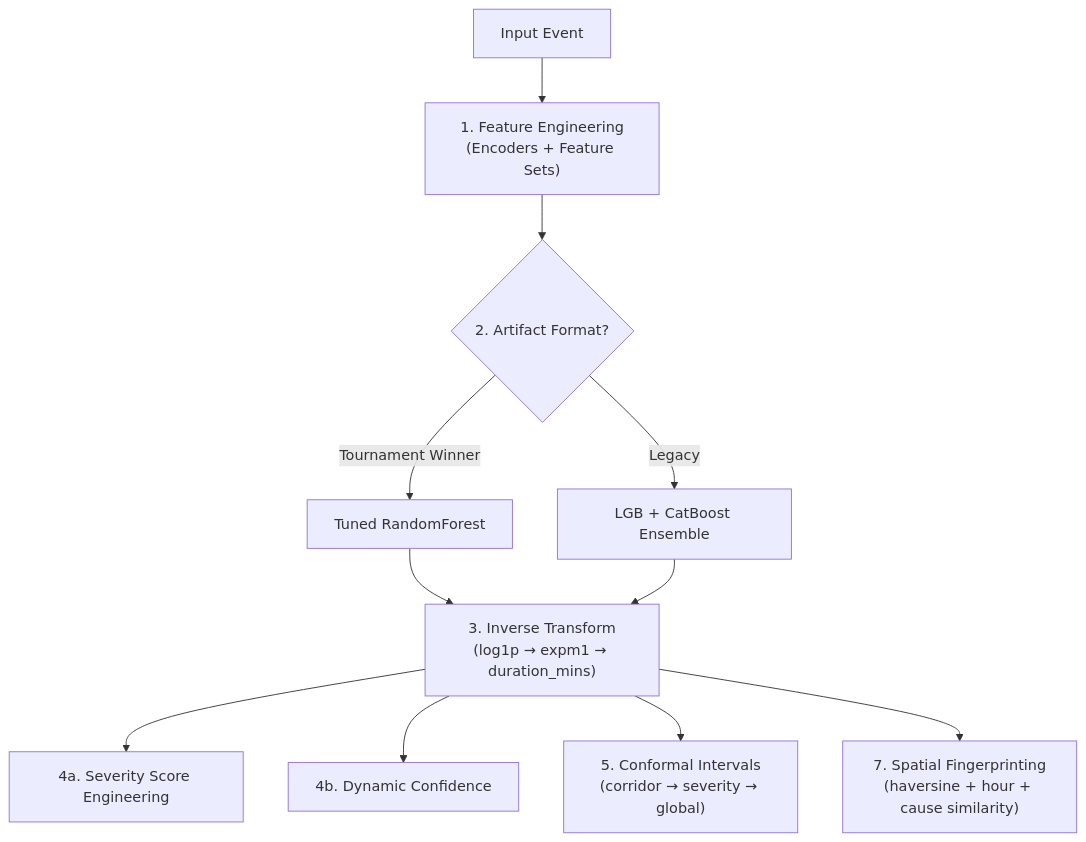
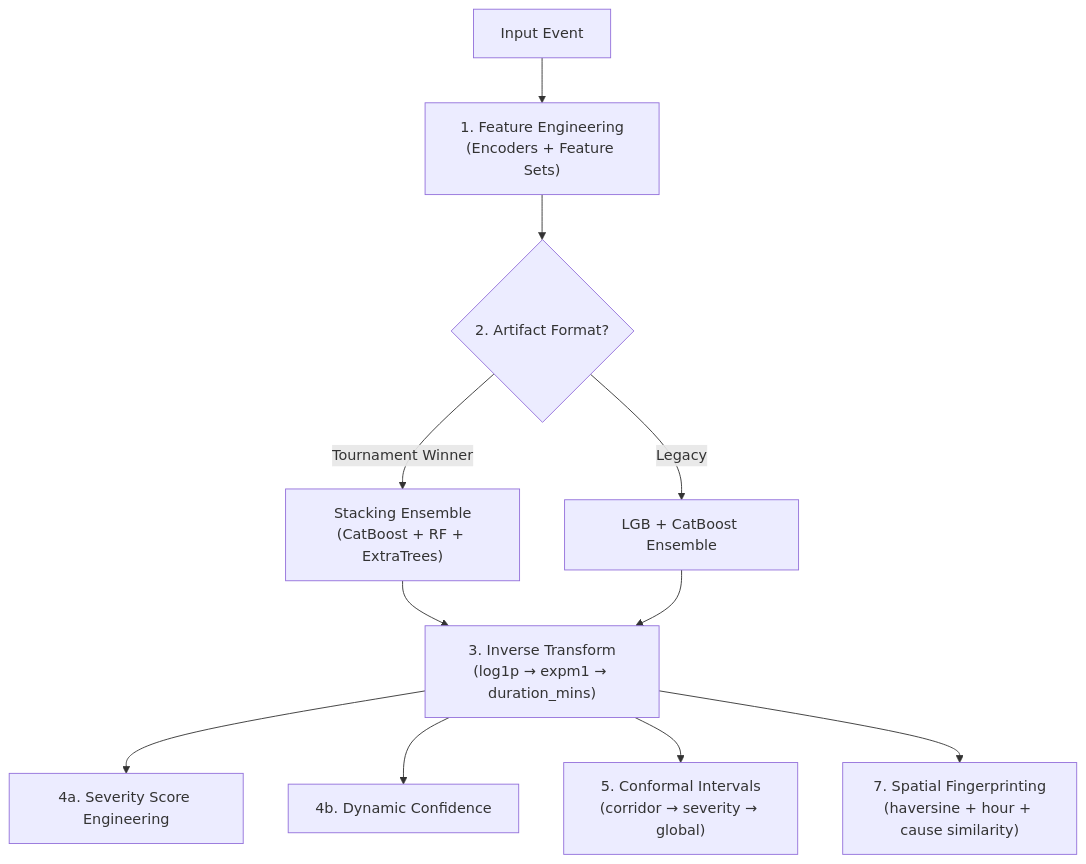
Before and after one commit to shantanu-1607/gridlock_prototype: the third of 8 diagrams in README.md, drawn with Mermaid. The commit also changed other lines of this file and 5 other files, not shown here.

Commit message:
feat: upgrade planning pipeline to 10 stages and replace ML model with a stacking ensemble

````diff
--- a/README.md
+++ b/README.md
@@ -345,14 +344,14 @@
 ```mermaid
 
 graph TD
     A["Input Event"] --> B["1. Feature Engineering<br/>(Encoders + Feature Sets)"]
     B --> C{"2. Artifact Format?"}
-    C -- "Tournament Winner" --> D["Tuned RandomForest"]
+    C -- "Tournament Winner" --> D["Stacking Ensemble<br/>(CatBoost + RF + ExtraTrees)"]
     C -- "Legacy" --> E["LGB + CatBoost Ensemble"]
     D --> I["3. Inverse Transform<br/>(log1p → expm1 → duration_mins)"]
     E --> I
     I --> J["4a. Severity Score Engineering"]
     I --> L["4b. Dynamic Confidence"]
     I --> K["5. Conformal Intervals<br/>(corridor → severity → global)"]
     I --> M["7. Spatial Fingerprinting<br/>(haversine + hour + cause similarity)"]
 ```
````
